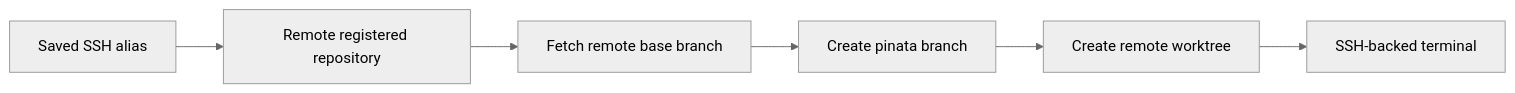
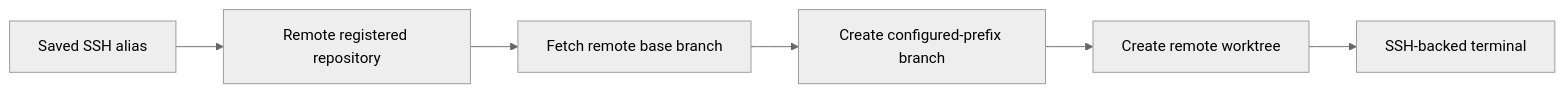
Before and after one commit to gh0stonio/pinata: the diagram in docs/ssh-connections.md, drawn with Mermaid (neutral theme). The commit also changed other lines of this file and 16 other files, not shown here.

````diff
--- a/docs/ssh-connections.md
+++ b/docs/ssh-connections.md
@@ -15,8 +15,8 @@
 ```mermaid
 flowchart LR
   C[Saved SSH alias] --> R[Remote registered repository]
   R --> F[Fetch remote base branch]
-  F --> B[Create pinata branch]
+  F --> B[Create configured-prefix branch]
   B --> W[Create remote worktree]
   W --> T[SSH-backed terminal]
 ```
````
